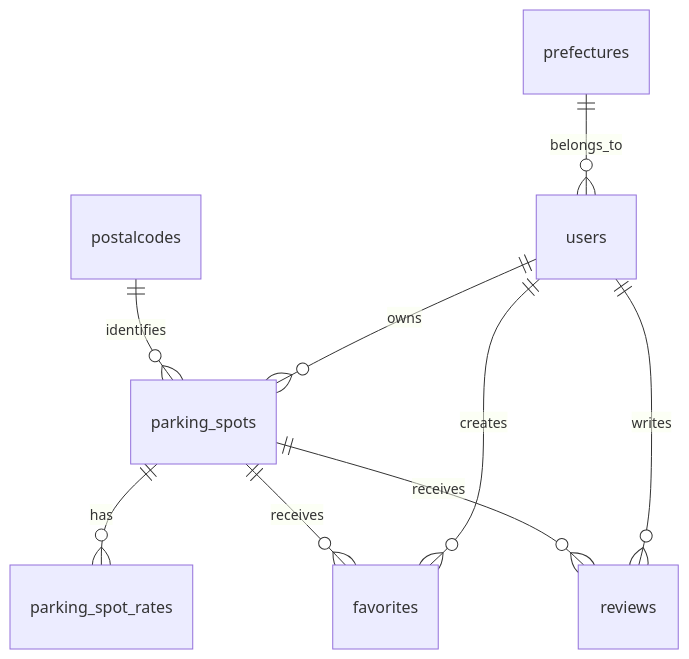
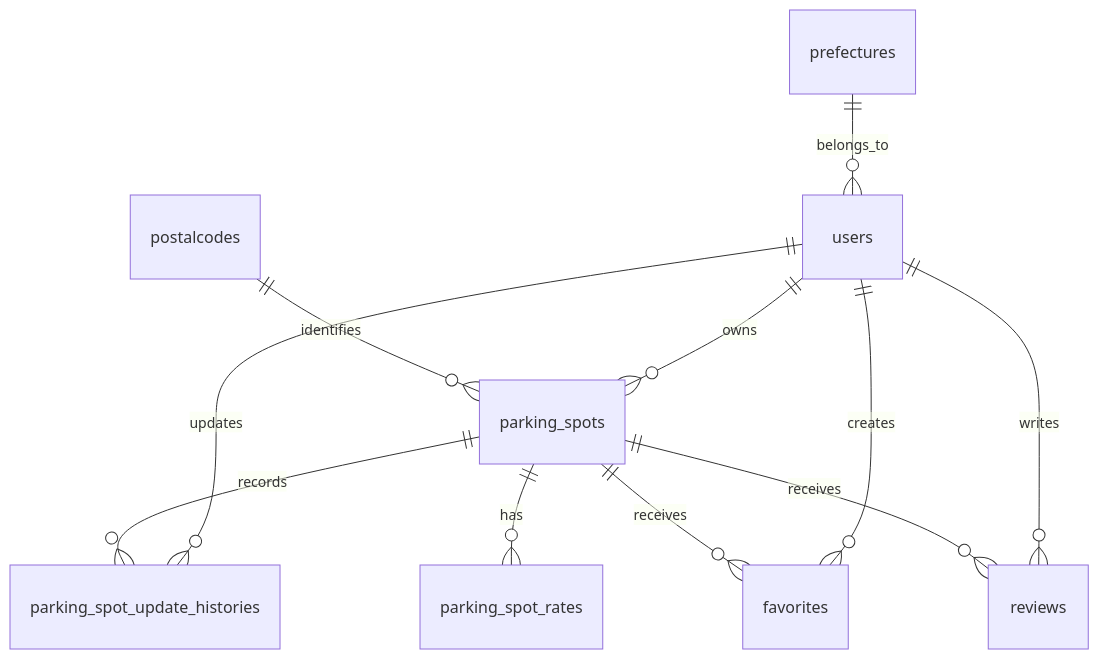
Before and after one commit to ariki41/BikeParking: the second of 2 diagrams in doc/design.md, drawn with Mermaid. The commit also changed other lines of this file and 11 other files, not shown here.

````diff
--- a/doc/design.md
+++ b/doc/design.md
@@ -89,11 +93,13 @@
 ```mermaid
 erDiagram
     users ||--o{ parking_spots : owns
+    users ||--o{ parking_spot_update_histories : updates
+    parking_spots ||--o{ parking_spot_update_histories : records
     parking_spots ||--o{ parking_spot_rates : has
     users ||--o{ favorites : creates
     parking_spots ||--o{ favorites : receives
     users ||--o{ reviews : writes
     parking_spots ||--o{ reviews : receives
     prefectures ||--o{ users : belongs_to
     postalcodes ||--o{ parking_spots : identifies
 ```
````
